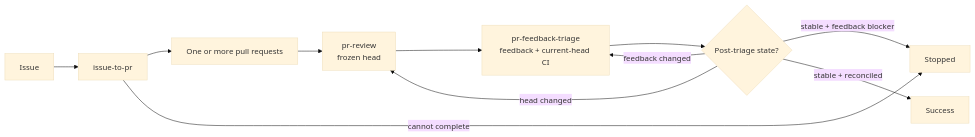
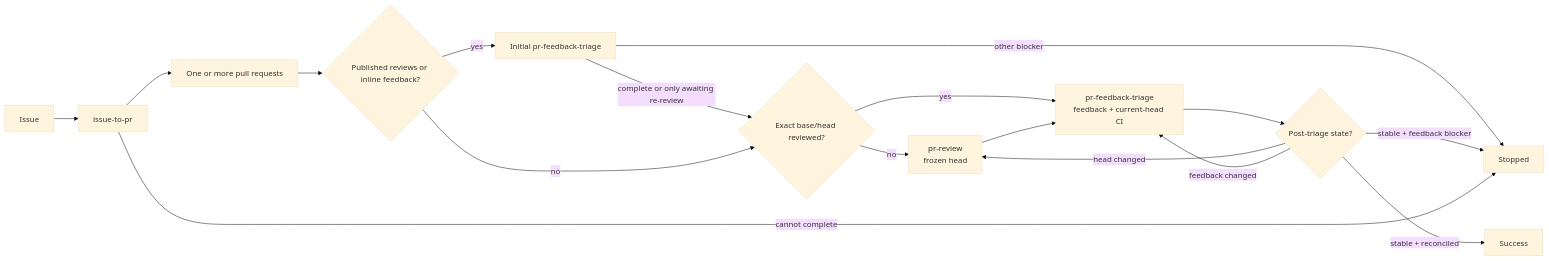
The diagram in README.md (dceoy/pr-loop), drawn with Mermaid (base theme) before and after one commit. The commit also changed other lines of this file and 3 other files, not shown here.

First line of the commit message:
Start pr-loop with feedback triage when a PR already has reviews (#59)

````diff
--- a/README.md
+++ b/README.md
@@ -16,12 +16,18 @@
 ```mermaid
 flowchart LR
   I[Issue] --> P[issue-to-pr] --> PR[One or more pull requests]
-  PR --> R[pr-review<br/>frozen head]
-  R --> F[pr-feedback-triage<br/>feedback + current-head CI]
+  PR --> Q{Published reviews or inline feedback?}
+  Q -->|yes| T[Initial pr-feedback-triage]
+  T -->|complete or only awaiting re-review| V{Exact base/head reviewed?}
+  T -->|other blocker| X[Stopped]
+  Q -->|no| V
+  V -->|no| R[pr-review<br/>frozen head]
+  V -->|yes| F[pr-feedback-triage<br/>feedback + current-head CI]
+  R --> F
   F --> D{Post-triage state?}
   D -->|head changed| R
   D -->|feedback changed| F
   D -->|stable + feedback blocker| X[Stopped]
   D -->|stable + reconciled| S[Success]
   P -->|cannot complete| X
 ```
````
